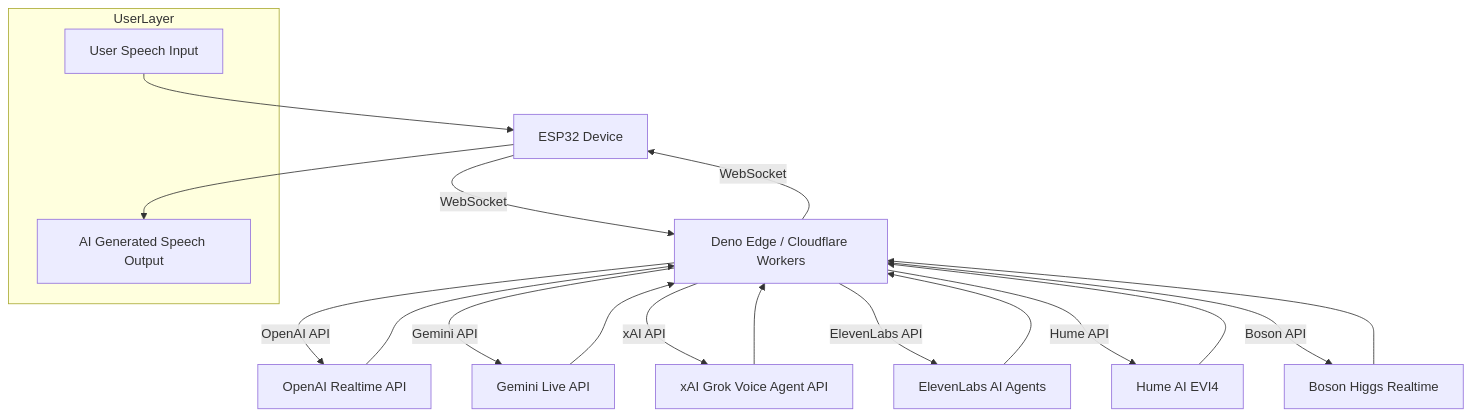
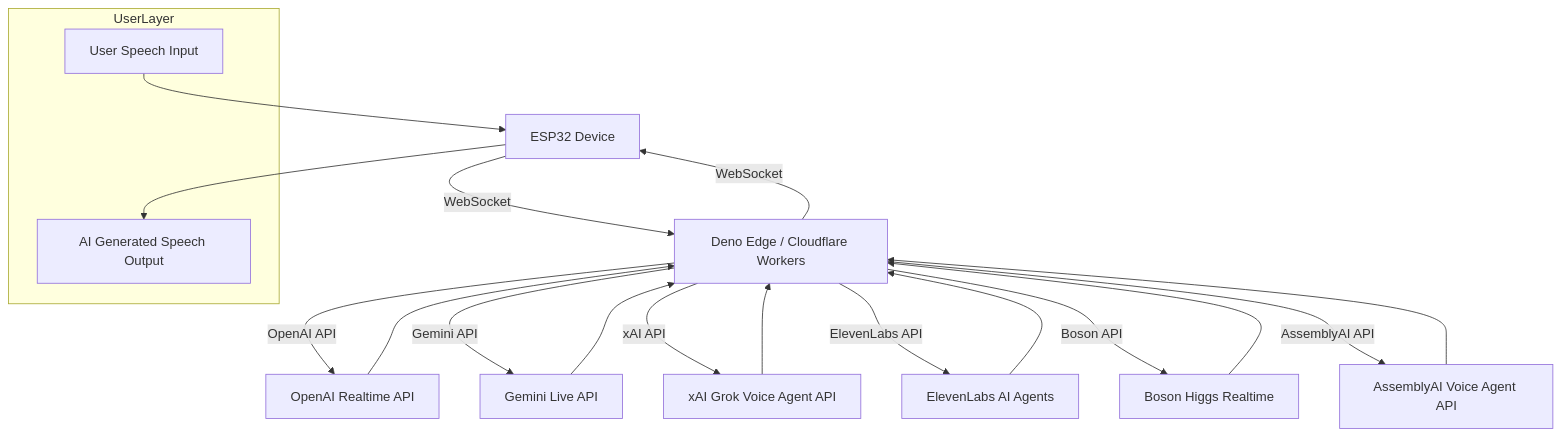
The first of 2 diagrams in README.md (akdeb/ElatoAI), drawn with Mermaid before and after one commit. The commit also changed other lines of this file and 1 other file, not shown here.

Commit message:
docs: add AssemblyAI, remove Hume, simplify contributing section

````diff
--- a/README.md
+++ b/README.md
@@ -135,24 +134,24 @@
 ```mermaid
 flowchart TD
   subgraph UserLayer
     UserInput[User Speech Input]
     UserOutput[AI Generated Speech Output]
   end
   
   UserInput --> ESP32
   ESP32[ESP32 Device] -->|WebSocket| Edge[Deno Edge / Cloudflare Workers]
   Edge -->|OpenAI API| OpenAI[OpenAI Realtime API]
   Edge -->|Gemini API| Gemini[Gemini Live API]
   Edge -->|xAI API| xAI[xAI Grok Voice Agent API]
   Edge -->|ElevenLabs API| ElevenLabs[ElevenLabs AI Agents]
-  Edge -->|Hume API| Hume[Hume AI EVI4]
   Edge -->|Boson API| Boson[Boson Higgs Realtime]
+  Edge -->|AssemblyAI API| AssemblyAI[AssemblyAI Voice Agent API]
   OpenAI --> Edge
   Gemini --> Edge
   xAI --> Edge
   ElevenLabs --> Edge
-  Hume --> Edge
   Boson --> Edge
+  AssemblyAI --> Edge
   Edge -->|WebSocket| ESP32
   ESP32 --> UserOutput
 ```
````
